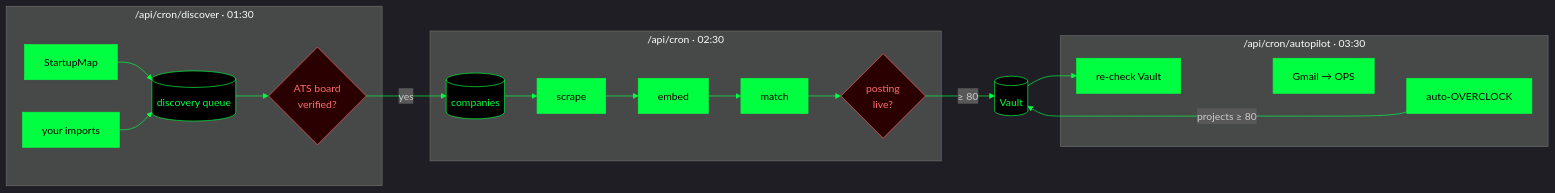
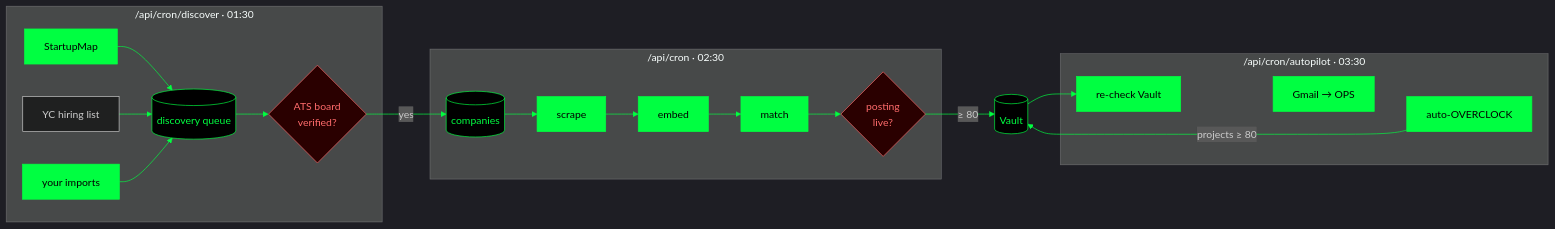
The diagram in README.md (SHAILESH-RS-UPADHYAY/radar), drawn with Mermaid before and after one commit. The commit also changed other lines of this file and 18 other files, not shown here.

````diff
--- a/README.md
+++ b/README.md
@@ -158,25 +160,26 @@
 ```mermaid
 %%{init: {'theme': 'dark', 'themeVariables': {'lineColor': '#00ff41', 'fontFamily': 'monospace'}}}%%
 flowchart LR
   subgraph D["/api/cron/discover · 01:30"]
     SM["StartupMap"] --> Q[("discovery queue")]
+    YC["YC hiring list"] --> Q
     IM["your imports"] --> Q
     Q --> FB{"ATS board<br/>verified?"}
   end
   FB -- yes --> CO[("companies")]
   subgraph P["/api/cron · 02:30"]
     CO --> SC["scrape"] --> EM["embed"] --> MA["match"] --> GT{"posting<br/>live?"}
   end
   GT -- "≥ 80" --> VA[("Vault")]
   subgraph A["/api/cron/autopilot · 03:30"]
     RV["re-check Vault"] ~~~ GM["Gmail → OPS"] ~~~ OC["auto-OVERCLOCK"]
   end
   VA --> RV
   OC -- "projects ≥ 80" --> VA
   classDef act fill:#00ff41,color:#000,stroke:#00ff41
   classDef store fill:#000,color:#00ff41,stroke:#00ff41
   classDef gate fill:#2a0000,color:#ff6b6b,stroke:#ff6b6b
   class SM,IM,SC,EM,MA,RV,GM,OC act
   class Q,CO,VA store
   class FB,GT gate
 ```
````
